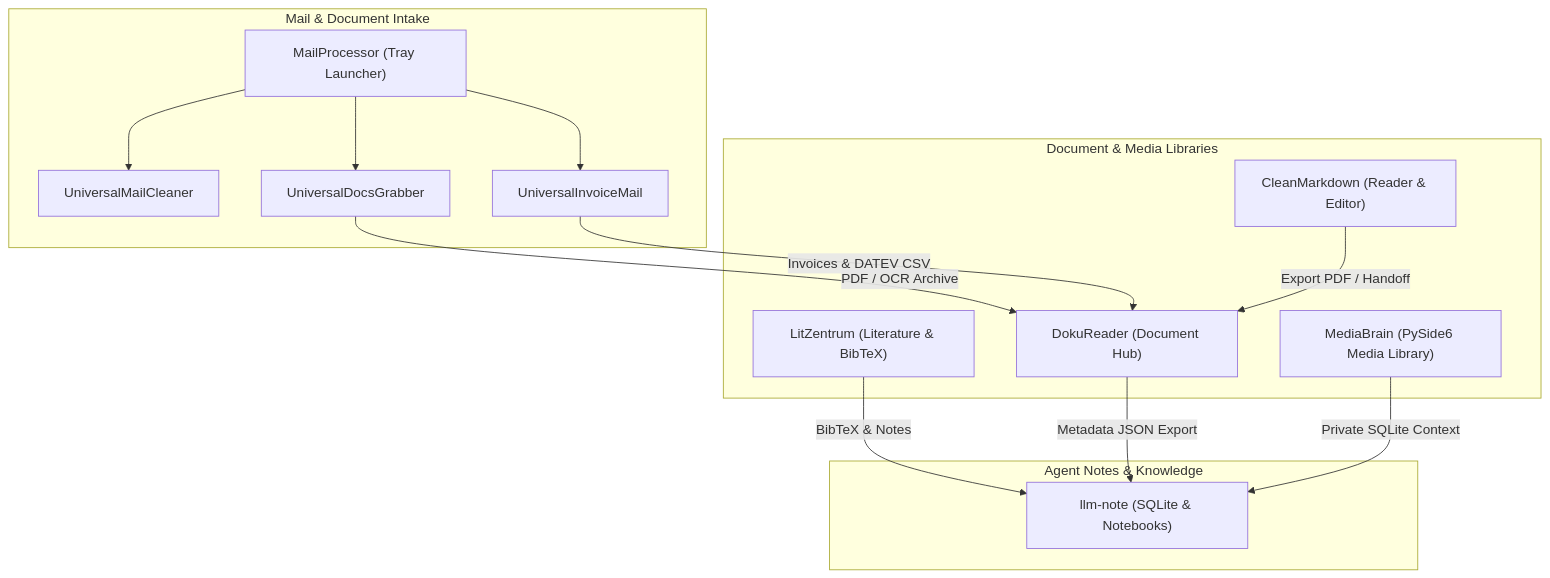
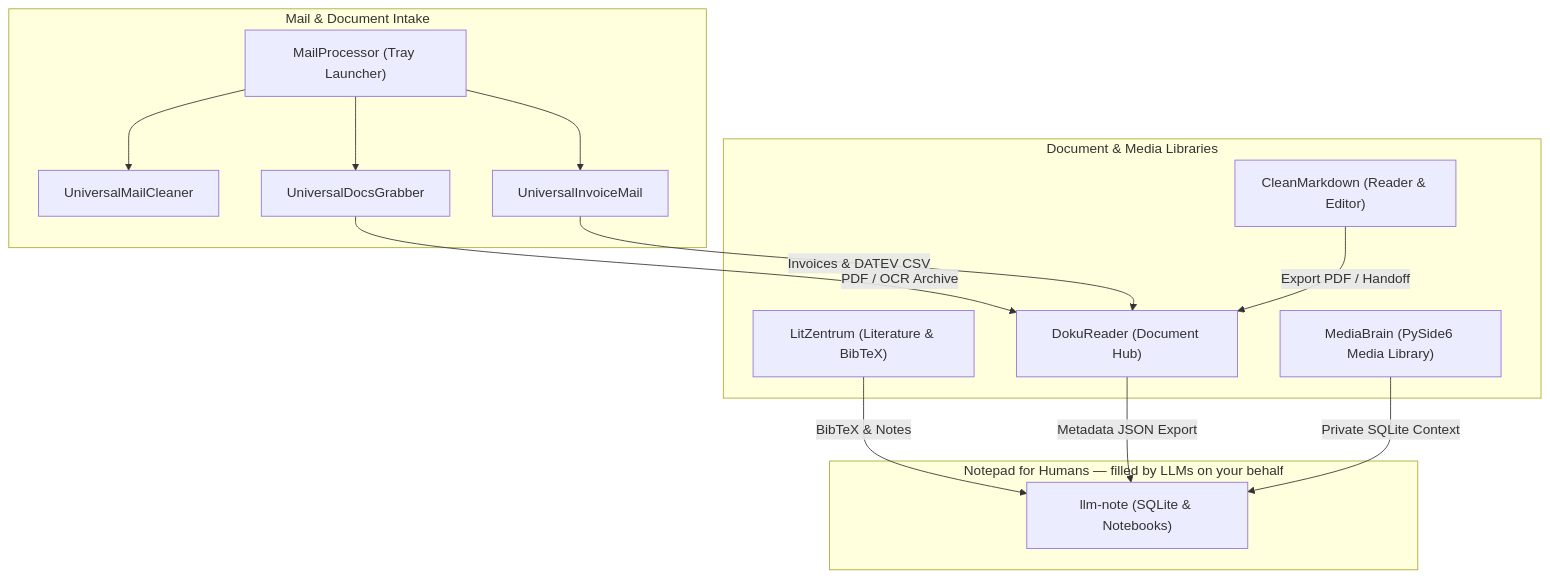
One commit to doc-bricks/.github changed the diagram in profile/README.md. Above: the diagram before and after it, drawn with Mermaid. The commit also changed 2 other files, not shown here.

Commit message:
docs(profile): correct llm-note role in ecosystem architecture diagram (v1.0.4)
llm-note is a notepad for humans whose content is filled by LLMs on the
user's behalf — not a notepad for LLM agents. Fixed subgraph label in
profile/README.md and profile/README_de.md. Ref T-20260801-02.

````diff
--- a/profile/README.md
+++ b/profile/README.md
@@ -30,26 +30,26 @@
 ```mermaid
 graph TD
     subgraph Intake ["Mail & Document Intake"]
         MP["MailProcessor (Tray Launcher)"] --> UMC["UniversalMailCleaner"]
         MP --> UDG["UniversalDocsGrabber"]
         MP --> UIM["UniversalInvoiceMail"]
     end
 
     subgraph Library ["Document & Media Libraries"]
         DR["DokuReader (Document Hub)"]
         CM["CleanMarkdown (Reader & Editor)"]
         LZ["LitZentrum (Literature & BibTeX)"]
         MB["MediaBrain (PySide6 Media Library)"]
     end
 
-    subgraph AgentNotes ["Agent Notes & Knowledge"]
+    subgraph HumanNotes ["Notepad for Humans — filled by LLMs on your behalf"]
         LN["llm-note (SQLite & Notebooks)"]
     end
 
     UDG -->|"PDF / OCR Archive"| DR
     UIM -->|"Invoices & DATEV CSV"| DR
     CM -->|"Export PDF / Handoff"| DR
     LZ -->|"BibTeX & Notes"| LN
     DR -->|"Metadata JSON Export"| LN
     MB -->|"Private SQLite Context"| LN
 ```
````
